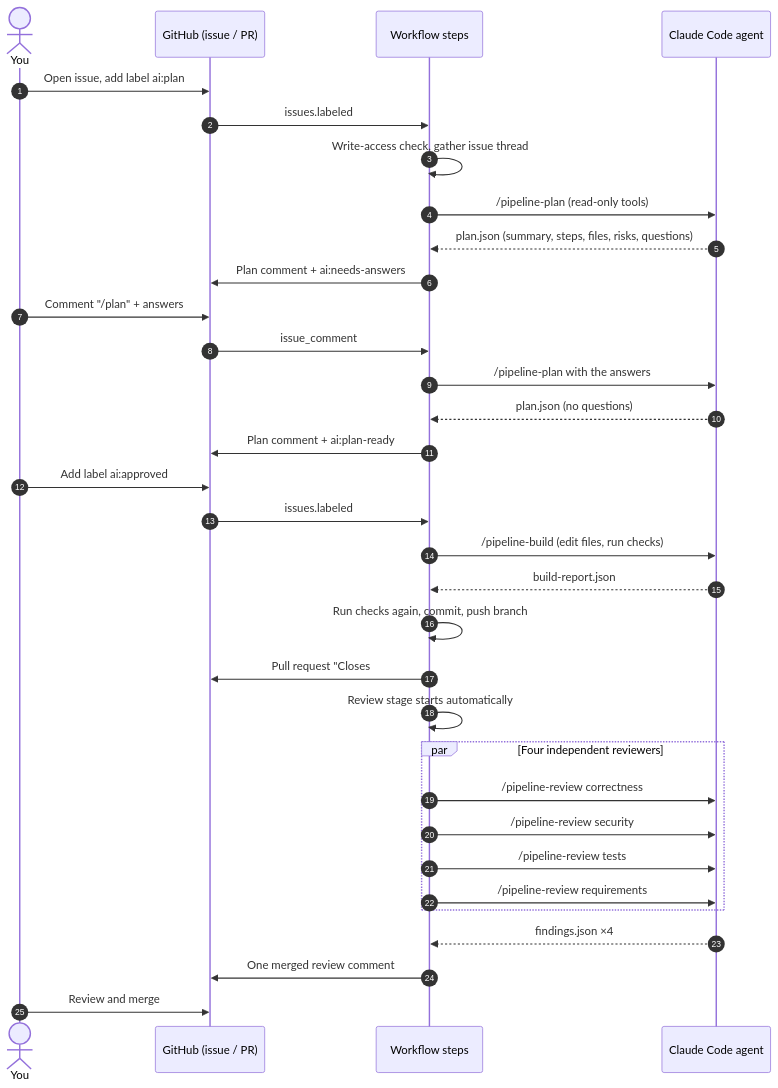
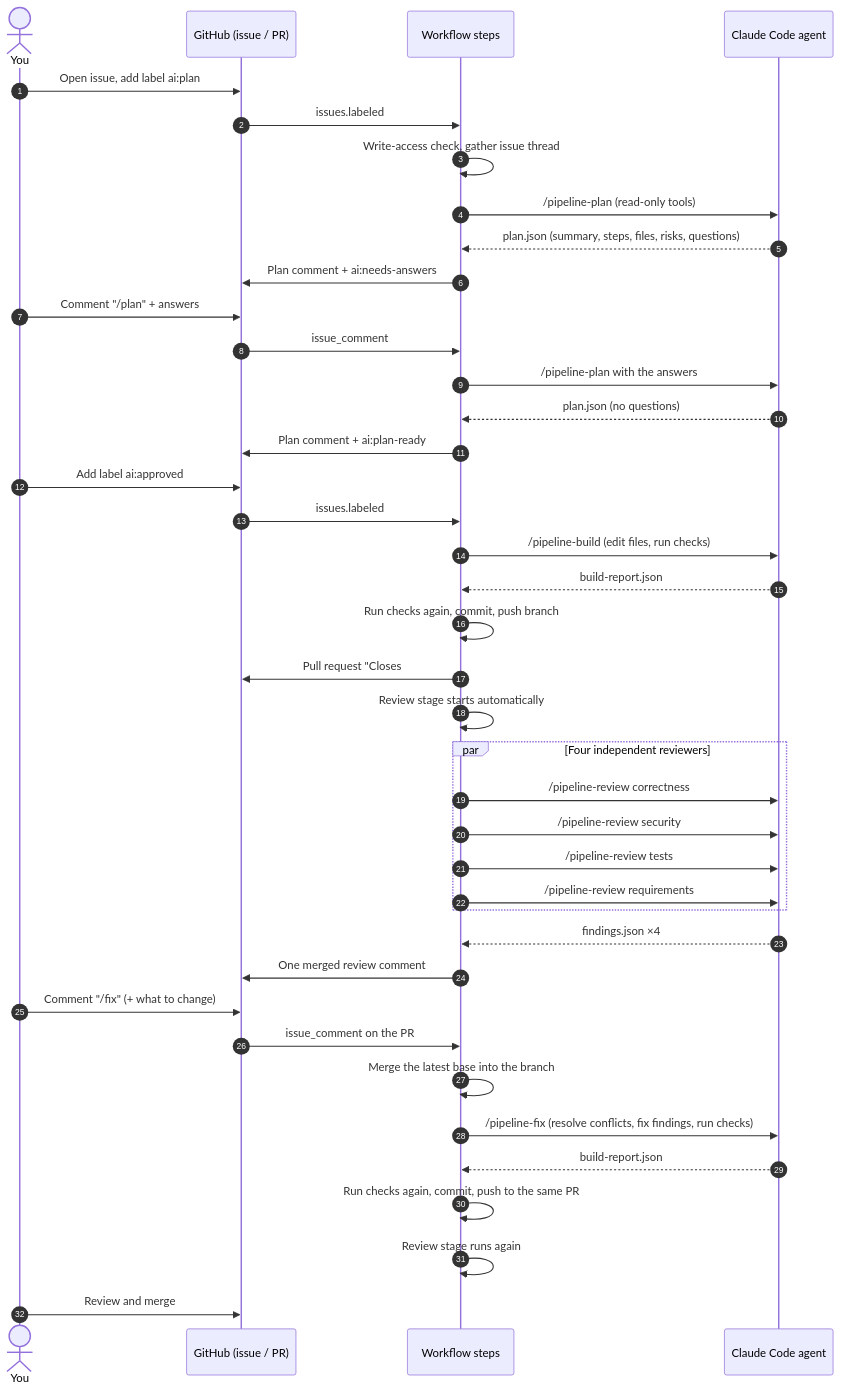
The diagram in README.md (jmcfadden27/claude-code-dev-pipeline), drawn with Mermaid before and after one commit. The commit also changed other lines of this file and 34 other files, not shown here.

Commit message:
fix(pipeline): harden the fix stage, cancel and trust checks

````diff
--- a/README.md
+++ b/README.md
@@ -31,36 +33,43 @@
 ```mermaid
 sequenceDiagram
     autonumber
     actor You
     participant GH as GitHub (issue / PR)
     participant WF as Workflow steps
     participant AG as Claude Code agent
 
     You->>GH: Open issue, add label ai:plan
     GH->>WF: issues.labeled
     WF->>WF: Write-access check, gather issue thread
     WF->>AG: /pipeline-plan (read-only tools)
     AG-->>WF: plan.json (summary, steps, files, risks, questions)
     WF->>GH: Plan comment + ai:needs-answers
     You->>GH: Comment "/plan" + answers
     GH->>WF: issue_comment
     WF->>AG: /pipeline-plan with the answers
     AG-->>WF: plan.json (no questions)
     WF->>GH: Plan comment + ai:plan-ready
     You->>GH: Add label ai:approved
     GH->>WF: issues.labeled
     WF->>AG: /pipeline-build (edit files, run checks)
     AG-->>WF: build-report.json
     WF->>WF: Run checks again, commit, push branch
     WF->>GH: Pull request "Closes #N"
     WF->>WF: Review stage starts automatically
     par Four independent reviewers
         WF->>AG: /pipeline-review correctness
         WF->>AG: /pipeline-review security
         WF->>AG: /pipeline-review tests
         WF->>AG: /pipeline-review requirements
     end
     AG-->>WF: findings.json ×4
     WF->>GH: One merged review comment
+    You->>GH: Comment "/fix" (+ what to change)
+    GH->>WF: issue_comment on the PR
+    WF->>WF: Merge the latest base into the branch
+    WF->>AG: /pipeline-fix (resolve conflicts, fix findings, run checks)
+    AG-->>WF: build-report.json
+    WF->>WF: Run checks again, commit, push to the same PR
+    WF->>WF: Review stage runs again
     You->>GH: Review and merge
 ```
````
